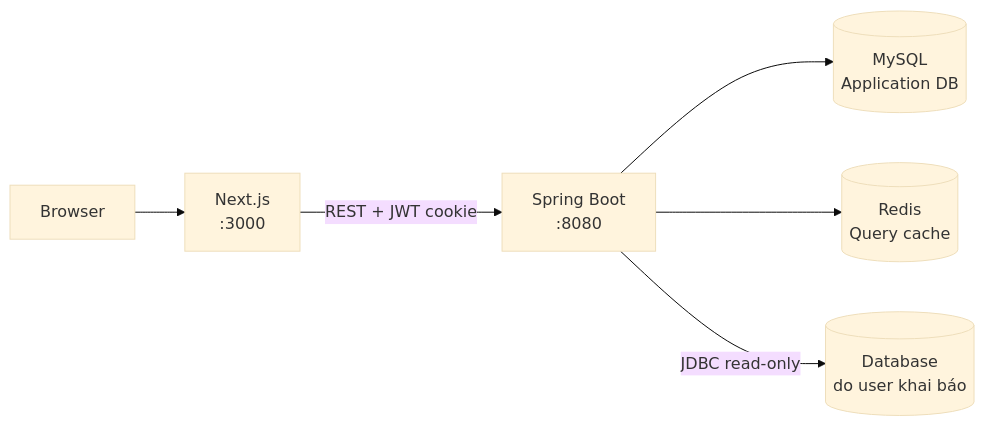
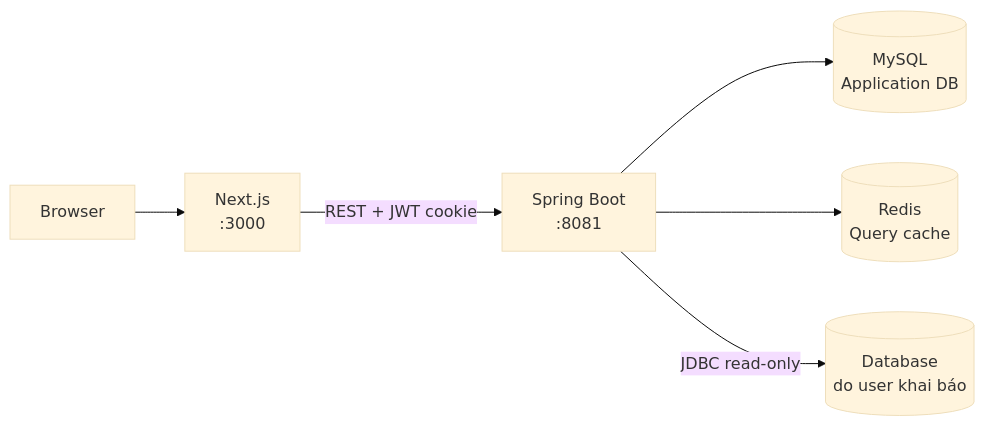
One commit to niendzvdtg01/KLTN changed the first of 4 diagrams in README.md. Above: the diagram before and after it, drawn with Mermaid (base theme). The commit also changed other lines of this file and 4494 other files, not shown here.

````diff
--- a/README.md
+++ b/README.md
@@ -36,8 +36,8 @@
 ```mermaid
 flowchart LR
     Browser[Browser] --> Frontend[Next.js\n:3000]
-    Frontend -->|REST + JWT cookie| Backend[Spring Boot\n:8080]
+    Frontend -->|REST + JWT cookie| Backend[Spring Boot\n:8081]
     Backend --> AppDB[(MySQL\nApplication DB)]
     Backend --> Redis[(Redis\nQuery cache)]
     Backend -->|JDBC read-only| External[(Database\ndo user khai báo)]
 ```
````
